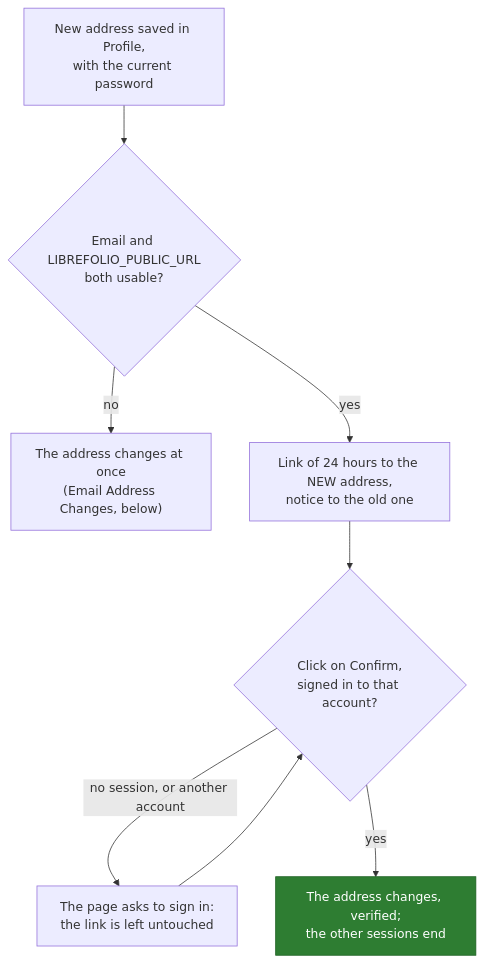
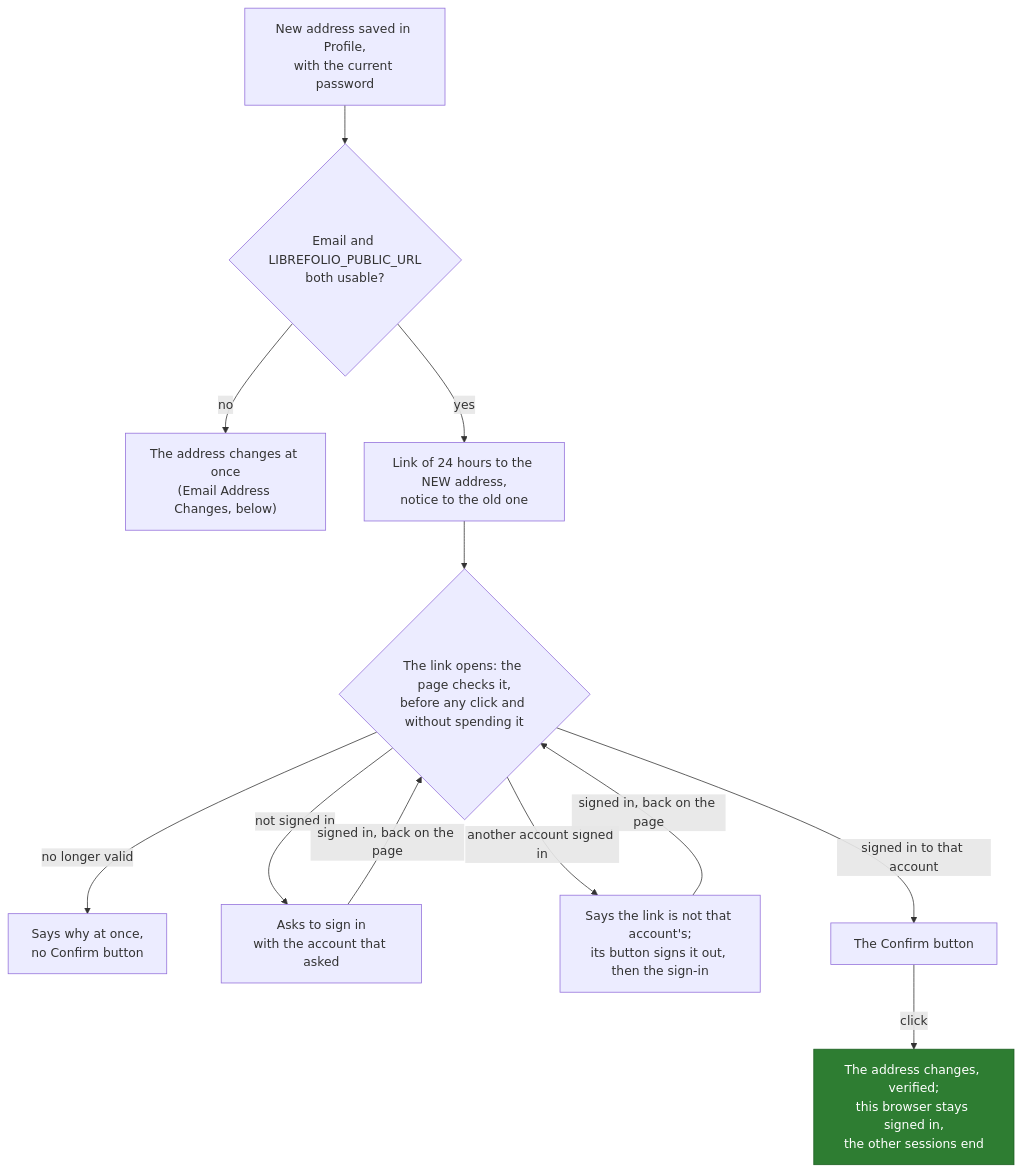
One commit to Librefolio/LibreFolio changed diagram 18 of 19 in mkdocs_src/docs/admin/email_flows.en.md. Above: the diagram before and after it, drawn with Mermaid. The commit also changed other lines of this file, not shown here.

Commit message:
docs(admin): the change link page checks on opening

````diff
--- a/mkdocs_src/docs/admin/email_flows.en.md
+++ b/mkdocs_src/docs/admin/email_flows.en.md
@@ -608,12 +608,16 @@
 ```mermaid
 flowchart TD
     A["New address saved in Profile,<br>with the current password"] --> B{"Email and LIBREFOLIO_PUBLIC_URL<br>both usable?"}
     B -->|"no"| C["The address changes at once<br>(Email Address Changes, below)"]
     B -->|"yes"| D["Link of 24 hours to the NEW address,<br>notice to the old one"]
-    D --> E{"Click on Confirm,<br>signed in to that account?"}
-    E -->|"no session, or another account"| F["The page asks to sign in:<br>the link is left untouched"]
-    F --> E
-    E -->|"yes"| G["The address changes, verified;<br>the other sessions end"]
+    D --> E{"The link opens: the page checks it,<br>before any click and without spending it"}
+    E -->|"no longer valid"| X["Says why at once,<br>no Confirm button"]
+    E -->|"not signed in"| F["Asks to sign in<br>with the account that asked"]
+    E -->|"another account signed in"| H["Says the link is not that account's;<br>its button signs it out, then the sign-in"]
+    F -->|"signed in, back on the page"| E
+    H -->|"signed in, back on the page"| E
+    E -->|"signed in to that account"| R["The Confirm button"]
+    R -->|"click"| G["The address changes, verified;<br>this browser stays signed in,<br>the other sessions end"]
     classDef ok fill:#2e7d32,stroke:#1b5e20,color:#ffffff
     class G ok
 ```
````
